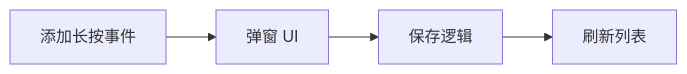
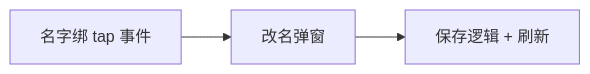
One commit to kiripeng214/all-workspace changed the diagram in pet-applet/doc/plan/quick-rename.md. Above: the diagram before and after it, drawn with Mermaid. The commit also changed other lines of this file and 2 other files, not shown here.

````diff
--- a/pet-applet/doc/plan/quick-rename.md
+++ b/pet-applet/doc/plan/quick-rename.md
@@ -24,6 +24,5 @@
 ```mermaid
 graph LR
-  A[添加长按事件] --> B[弹窗 UI]
-  B --> C[保存逻辑]
-  C --> D[刷新列表]
+  A[名字绑 tap 事件] --> B[改名弹窗]
+  B --> C[保存逻辑 + 刷新]
 ```
````
